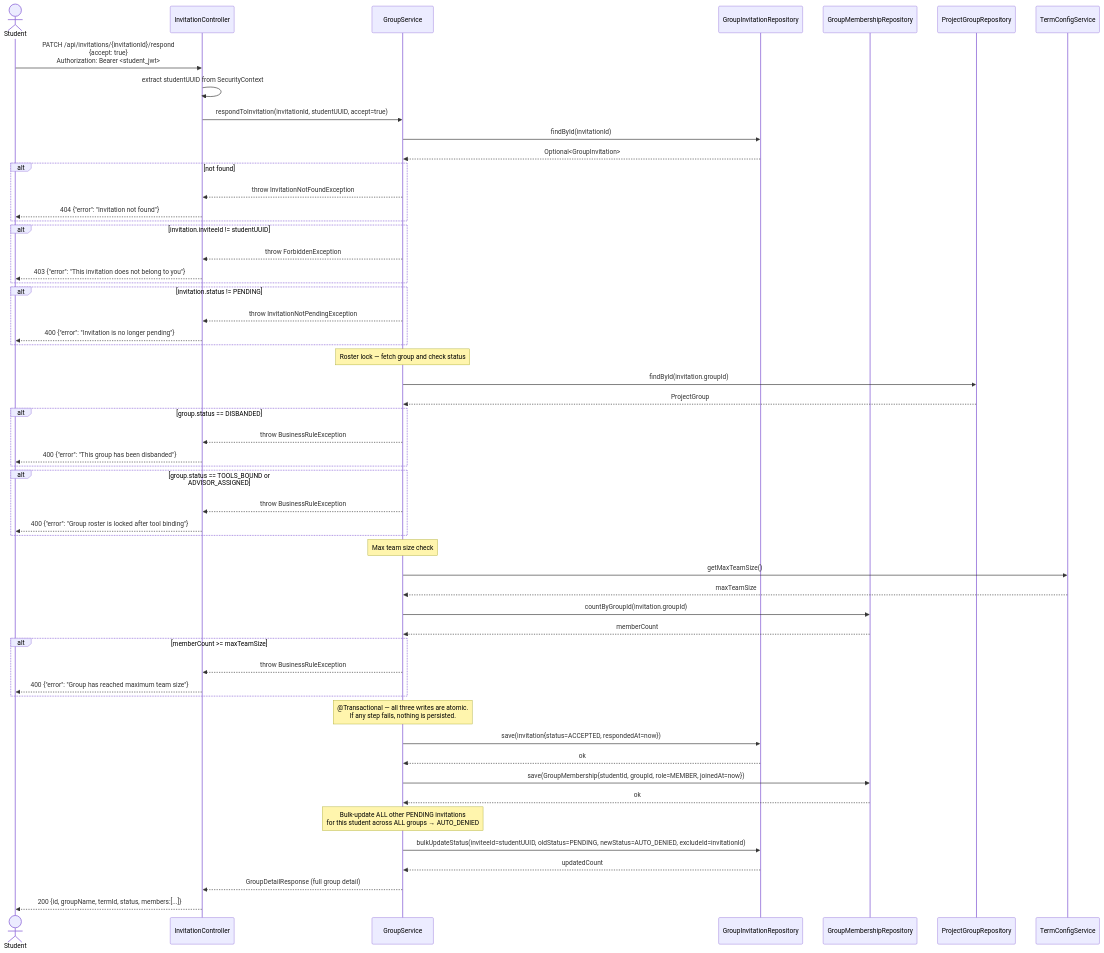
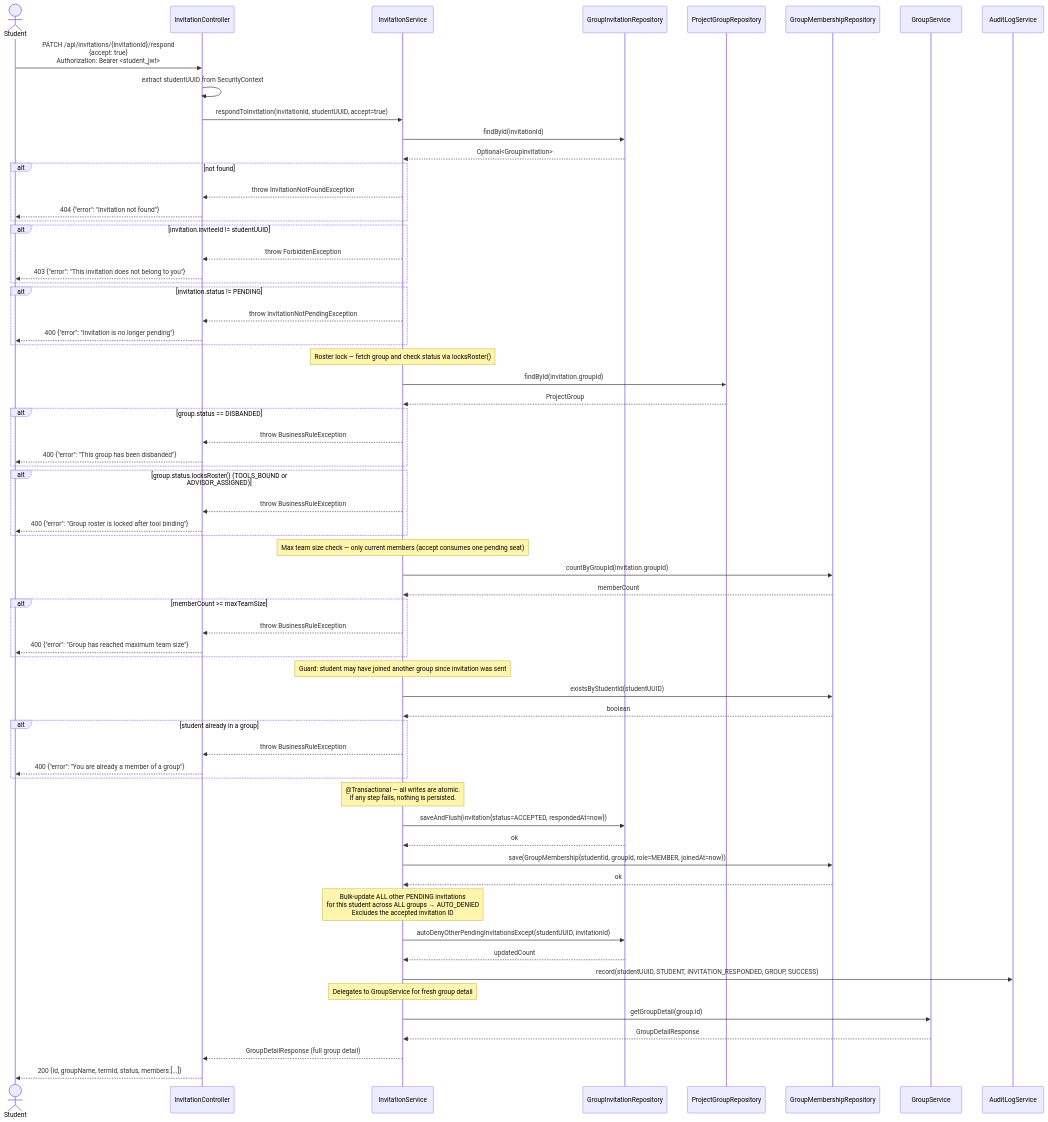
The third of 3 diagrams in docs/process2/sequences/2.3_invitation_respond_p2.md (SE3318-Spring-2025-2026/senior-app-6), drawn with Mermaid before and after one commit. The commit also changed other lines of this file and 13 other files, not shown here.

````diff
--- a/docs/process2/sequences/2.3_invitation_respond_p2.md
+++ b/docs/process2/sequences/2.3_invitation_respond_p2.md
@@ -80,70 +84,86 @@
 sequenceDiagram
     actor Student
     participant InvitationController
+    participant InvitationService
+    participant GroupInvitationRepository
+    participant ProjectGroupRepository
+    participant GroupMembershipRepository
     participant GroupService
-    participant GroupInvitationRepository
-    participant GroupMembershipRepository
+    participant AuditLogService
 
     Student->>InvitationController: PATCH /api/invitations/{invitationId}/respond<br/>{accept: true}<br/>Authorization: Bearer <student_jwt>
 
     InvitationController->>InvitationController: extract studentUUID from SecurityContext
-    InvitationController->>GroupService: respondToInvitation(invitationId, studentUUID, accept=true)
+    InvitationController->>InvitationService: respondToInvitation(invitationId, studentUUID, accept=true)
 
-    GroupService->>GroupInvitationRepository: findById(invitationId)
-    GroupInvitationRepository-->>GroupService: Optional<GroupInvitation>
+    InvitationService->>GroupInvitationRepository: findById(invitationId)
+    GroupInvitationRepository-->>InvitationService: Optional<GroupInvitation>
 
     alt not found
-        GroupService-->>InvitationController: throw InvitationNotFoundException
+        InvitationService-->>InvitationController: throw InvitationNotFoundException
         InvitationController-->>Student: 404 {"error": "Invitation not found"}
     end
 
     alt invitation.inviteeId != studentUUID
-        GroupService-->>InvitationController: throw ForbiddenException
+        InvitationService-->>InvitationController: throw ForbiddenException
         InvitationController-->>Student: 403 {"error": "This invitation does not belong to you"}
     end
 
     alt invitation.status != PENDING
-        GroupService-->>InvitationController: throw InvitationNotPendingException
+        InvitationService-->>InvitationController: throw InvitationNotPendingException
         InvitationController-->>Student: 400 {"error": "Invitation is no longer pending"}
     end
 
-    Note over GroupService: Roster lock — fetch group and check status
-    GroupService->>ProjectGroupRepository: findById(invitation.groupId)
-    ProjectGroupRepository-->>GroupService: ProjectGroup
+    Note over InvitationService: Roster lock — fetch group and check status via locksRoster()
+    InvitationService->>ProjectGroupRepository: findById(invitation.groupId)
+    ProjectGroupRepository-->>InvitationService: ProjectGroup
 
     alt group.status == DISBANDED
-        GroupService-->>InvitationController: throw BusinessRuleException
+        InvitationService-->>InvitationController: throw BusinessRuleException
         InvitationController-->>Student: 400 {"error": "This group has been disbanded"}
     end
 
-    alt group.status == TOOLS_BOUND or ADVISOR_ASSIGNED
-        GroupService-->>InvitationController: throw BusinessRuleException
+    alt group.status.locksRoster() (TOOLS_BOUND or ADVISOR_ASSIGNED)
+        InvitationService-->>InvitationController: throw BusinessRuleException
         InvitationController-->>Student: 400 {"error": "Group roster is locked after tool binding"}
     end
 
-    Note over GroupService: Max team size check
-    GroupService->>TermConfigService: getMaxTeamSize()
-    TermConfigService-->>GroupService: maxTeamSize
-    GroupService->>GroupMembershipRepository: countByGroupId(invitation.groupId)
-    GroupMembershipRepository-->>GroupService: memberCount
+    Note over InvitationService: Max team size check — only current members (accept consumes one pending seat)
+    InvitationService->>GroupMembershipRepository: countByGroupId(invitation.groupId)
+    GroupMembershipRepository-->>InvitationService: memberCount
 
     alt memberCount >= maxTeamSize
-        GroupService-->>InvitationController: throw BusinessRuleException
+        InvitationService-->>InvitationController: throw BusinessRuleException
         InvitationController-->>Student: 400 {"error": "Group has reached maximum team size"}
     end
 
-    Note over GroupService: @Transactional — all three writes are atomic.<br/>If any step fails, nothing is persisted.
+    Note over InvitationService: Guard: student may have joined another group since invitation was sent
+    InvitationService->>GroupMembershipRepository: existsByStudentId(studentUUID)
+    GroupMembershipRepository-->>InvitationService: boolean
 
-    GroupService->>GroupInvitationRepository: save(invitation{status=ACCEPTED, respondedAt=now})
-    GroupInvitationRepository-->>GroupService: ok
+    alt student already in a group
+        InvitationService-->>InvitationController: throw BusinessRuleException
+        InvitationController-->>Student: 400 {"error": "You are already a member of a group"}
+    end
 
-    GroupService->>GroupMembershipRepository: save(GroupMembership{studentId, groupId, role=MEMBER, joinedAt=now})
-    GroupMembershipRepository-->>GroupService: ok
+    Note over InvitationService: @Transactional — all writes are atomic.<br/>If any step fails, nothing is persisted.
 
-    Note over GroupService: Bulk-update ALL other PENDING invitations<br/>for this student across ALL groups → AUTO_DENIED
-    GroupService->>GroupInvitationRepository: bulkUpdateStatus(inviteeId=studentUUID, oldStatus=PENDING, newStatus=AUTO_DENIED, excludeId=invitationId)
-    GroupInvitationRepository-->>GroupService: updatedCount
+    InvitationService->>GroupInvitationRepository: saveAndFlush(invitation{status=ACCEPTED, respondedAt=now})
+    GroupInvitationRepository-->>InvitationService: ok
 
-    GroupService-->>InvitationController: GroupDetailResponse (full group detail)
+    InvitationService->>GroupMembershipRepository: save(GroupMembership{studentId, groupId, role=MEMBER, joinedAt=now})
+    GroupMembershipRepository-->>InvitationService: ok
+
+    Note over InvitationService: Bulk-update ALL other PENDING invitations<br/>for this student across ALL groups → AUTO_DENIED<br/>Excludes the accepted invitation ID
+    InvitationService->>GroupInvitationRepository: autoDenyOtherPendingInvitationsExcept(studentUUID, invitationId)
+    GroupInvitationRepository-->>InvitationService: updatedCount
+
+    InvitationService->>AuditLogService: record(studentUUID, STUDENT, INVITATION_RESPONDED, GROUP, SUCCESS)
+
+    Note over InvitationService: Delegates to GroupService for fresh group detail
+    InvitationService->>GroupService: getGroupDetail(group.id)
+    GroupService-->>InvitationService: GroupDetailResponse
+
+    InvitationService-->>InvitationController: GroupDetailResponse (full group detail)
     InvitationController-->>Student: 200 {id, groupName, termId, status, members:[...]}
 ```
````
